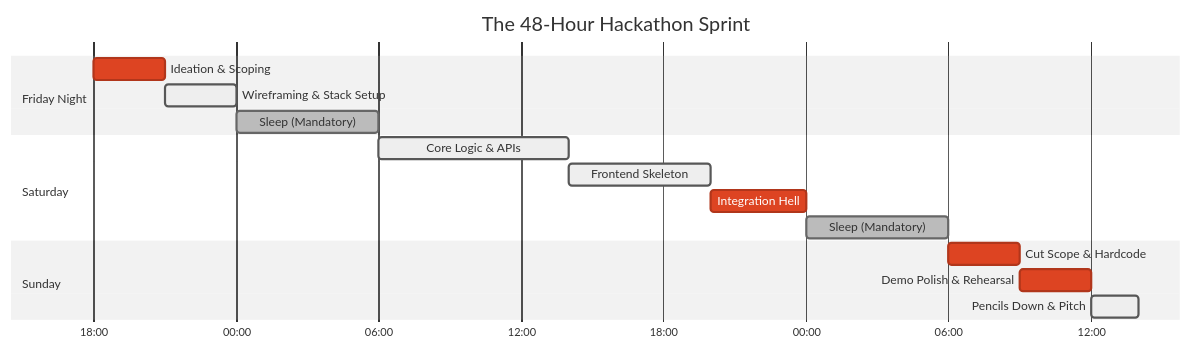
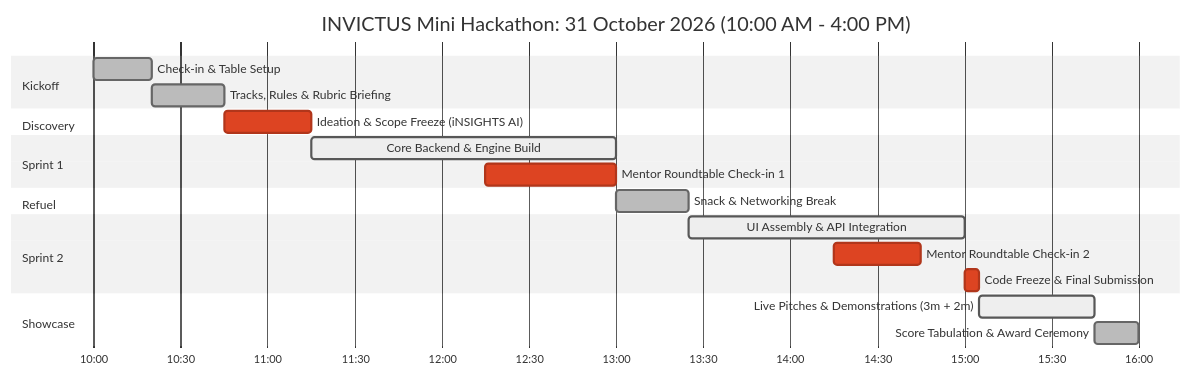
The second of 3 diagrams in README.md (yashkoparde/hackathon101), drawn with Mermaid (neutral theme) before and after one commit. The commit also changed other lines of this file and 23 other files, not shown here.

Commit message:
docs: enhance visuals, reliability, and event specifications for 31 October 2026 sprint

````diff
--- a/README.md
+++ b/README.md
@@ -113,22 +91,29 @@
 ```mermaid
 gantt
- title The 48-Hour Hackathon Sprint
- dateFormat YYYY-MM-DD HH:mm
- axisFormat %H:%M
- 
- section Friday Night
- Ideation & Scoping :crit, a1, 2024-01-05 18:00, 3h
- Wireframing & Stack Setup:active, a2, after a1, 3h
- Sleep (Mandatory) :done, a3, after a2, 6h
+    title INVICTUS Mini Hackathon: 31 October 2026 (10:00 AM - 4:00 PM)
+    dateFormat HH:mm
+    axisFormat %H:%M
 
- section Saturday
- Core Logic & APIs :active, b1, 2024-01-06 06:00, 8h
- Frontend Skeleton :active, b2, after b1, 6h
- Integration Hell :crit, b3, after b2, 4h
- Sleep (Mandatory) :done, b4, after b3, 6h
+    section Kickoff
+    Check-in & Table Setup     :done, k1, 10:00, 20m
+    Tracks, Rules & Rubric Briefing :done, k2, 10:20, 25m
 
- section Sunday
- Cut Scope & Hardcode :crit, c1, 2024-01-07 06:00, 3h
- Demo Polish & Rehearsal :crit, c2, after c1, 3h
- Pencils Down & Pitch :active, c3, after c2, 2h
+    section Discovery
+    Ideation & Scope Freeze (iNSIGHTS AI) :crit, d1, 10:45, 30m
+
+    section Sprint 1
+    Core Backend & Engine Build :active, s1, 11:15, 105m
+    Mentor Roundtable Check-in 1 :crit, m1, 12:15, 45m
+
+    section Refuel
+    Snack & Networking Break   :done, b1, 13:00, 25m
+
+    section Sprint 2
+    UI Assembly & API Integration :active, s2, 13:25, 95m
+    Mentor Roundtable Check-in 2 :crit, m2, 14:15, 30m
+    Code Freeze & Final Submission :crit, sub, 15:00, 5m
+
+    section Showcase
+    Live Pitches & Demonstrations (3m + 2m) :active, p1, 15:05, 40m
+    Score Tabulation & Award Ceremony :done, a1, 15:45, 15m
 ```
````
